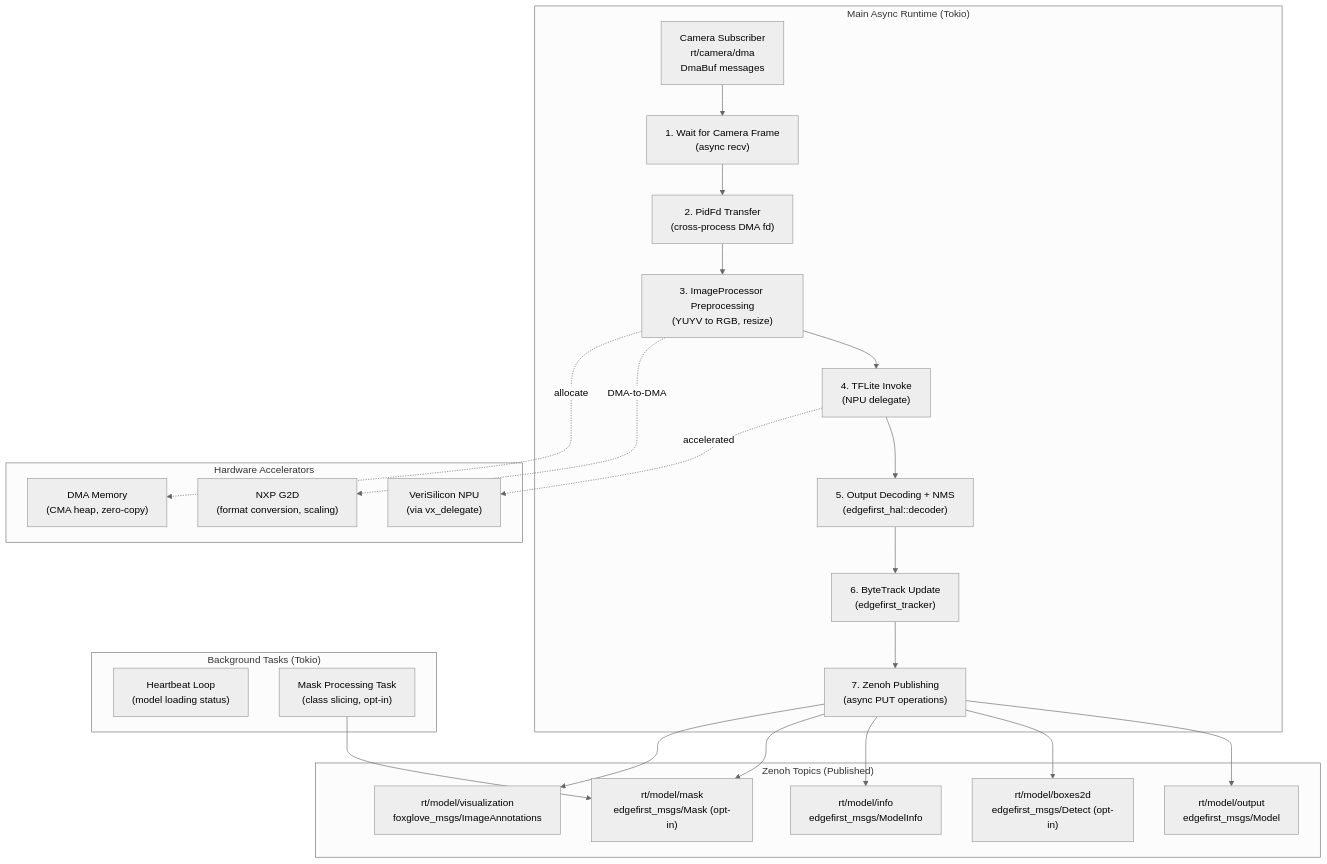
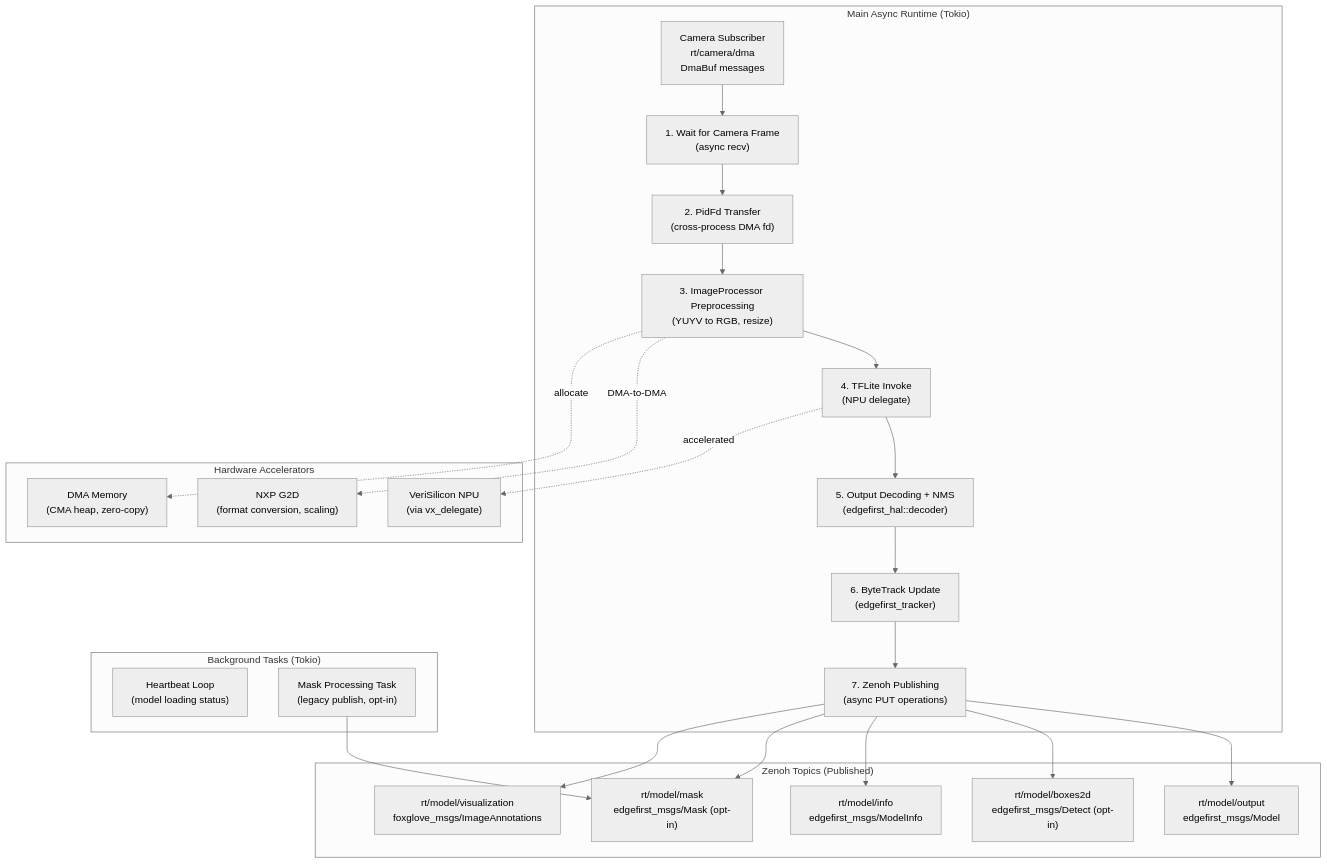
The first of 5 diagrams in ARCHITECTURE.md (EdgeFirstAI/model), drawn with Mermaid (neutral theme) before and after one commit. The commit also changed other lines of this file and 9 other files, not shown here.

````diff
--- a/ARCHITECTURE.md
+++ b/ARCHITECTURE.md
@@ -29,52 +29,52 @@
 ```mermaid
 graph TB
     subgraph "Main Async Runtime (Tokio)"
         CamSub["Camera Subscriber<br/>rt/camera/dma<br/>DmaBuf messages"]
         WaitFrame["1. Wait for Camera Frame<br/>(async recv)"]
         PidFd["2. PidFd Transfer<br/>(cross-process DMA fd)"]
         G2DPrep["3. ImageProcessor Preprocessing<br/>(YUYV to RGB, resize)"]
         Inference["4. TFLite Invoke<br/>(NPU delegate)"]
         Decode["5. Output Decoding + NMS<br/>(edgefirst_hal::decoder)"]
         Track["6. ByteTrack Update<br/>(edgefirst_tracker)"]
         Publish["7. Zenoh Publishing<br/>(async PUT operations)"]
 
         CamSub --> WaitFrame
         WaitFrame --> PidFd
         PidFd --> G2DPrep
         G2DPrep --> Inference
         Inference --> Decode
         Decode --> Track
         Track --> Publish
     end
 
     subgraph "Background Tasks (Tokio)"
         Heartbeat["Heartbeat Loop<br/>(model loading status)"]
-        MaskTask["Mask Processing Task<br/>(class slicing, opt-in)"]
+        MaskTask["Mask Processing Task<br/>(legacy publish, opt-in)"]
     end
 
     subgraph "Zenoh Topics (Published)"
         OutputTop["rt/model/output<br/>edgefirst_msgs/Model"]
         InfoTop["rt/model/info<br/>edgefirst_msgs/ModelInfo"]
         DetectTop["rt/model/boxes2d<br/>edgefirst_msgs/Detect (opt-in)"]
         MaskTop["rt/model/mask<br/>edgefirst_msgs/Mask (opt-in)"]
         VisualTop["rt/model/visualization<br/>foxglove_msgs/ImageAnnotations"]
     end
 
     subgraph "Hardware Accelerators"
         NPU["VeriSilicon NPU<br/>(via vx_delegate)"]
         G2D["NXP G2D<br/>(format conversion, scaling)"]
         DMA["DMA Memory<br/>(CMA heap, zero-copy)"]
     end
 
     Publish --> OutputTop
     Publish --> DetectTop
     Publish --> InfoTop
     Publish --> MaskTop
     Publish --> VisualTop
 
     MaskTask --> MaskTop
 
     G2DPrep -.->|"DMA-to-DMA"| G2D
     Inference -.->|"accelerated"| NPU
     G2DPrep -.->|"allocate"| DMA
 ```
````
